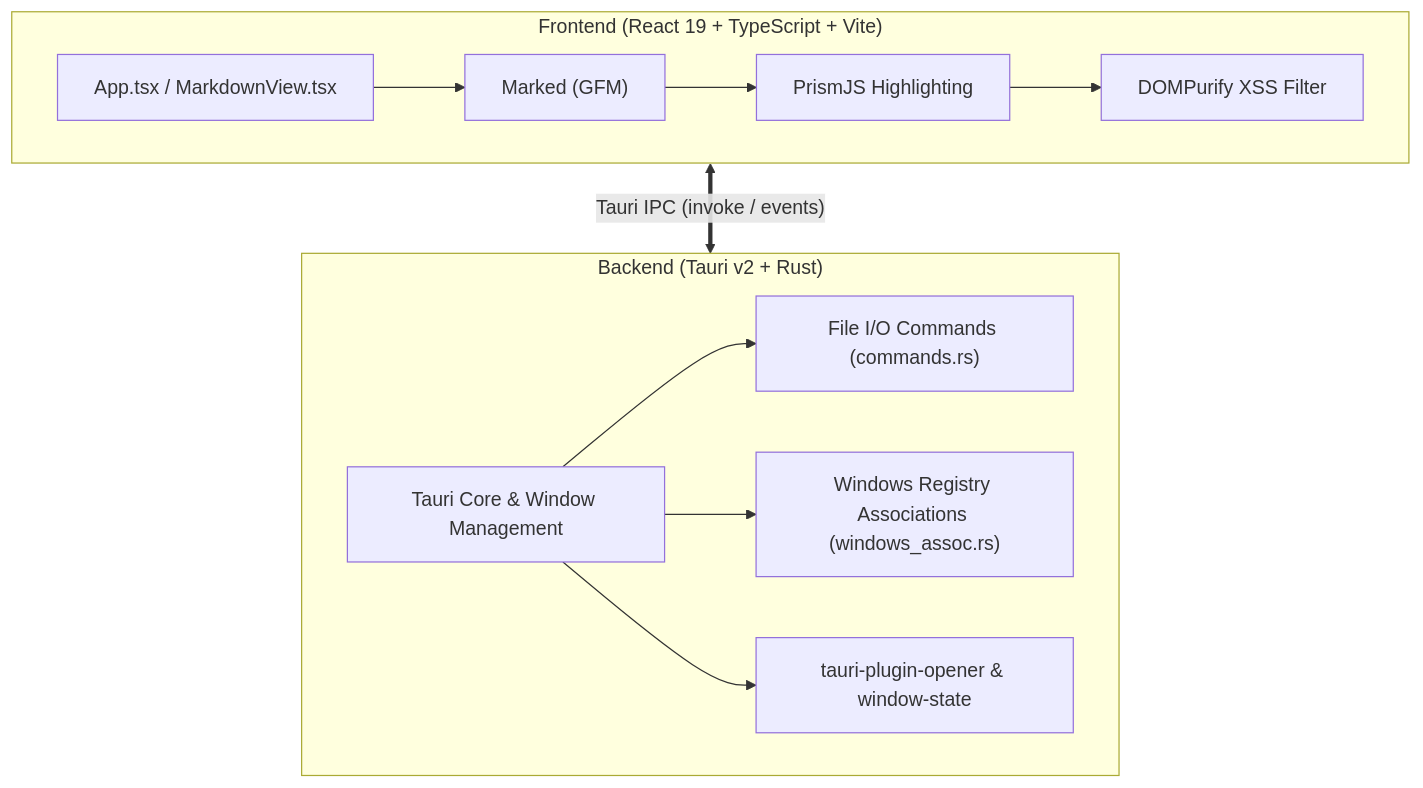
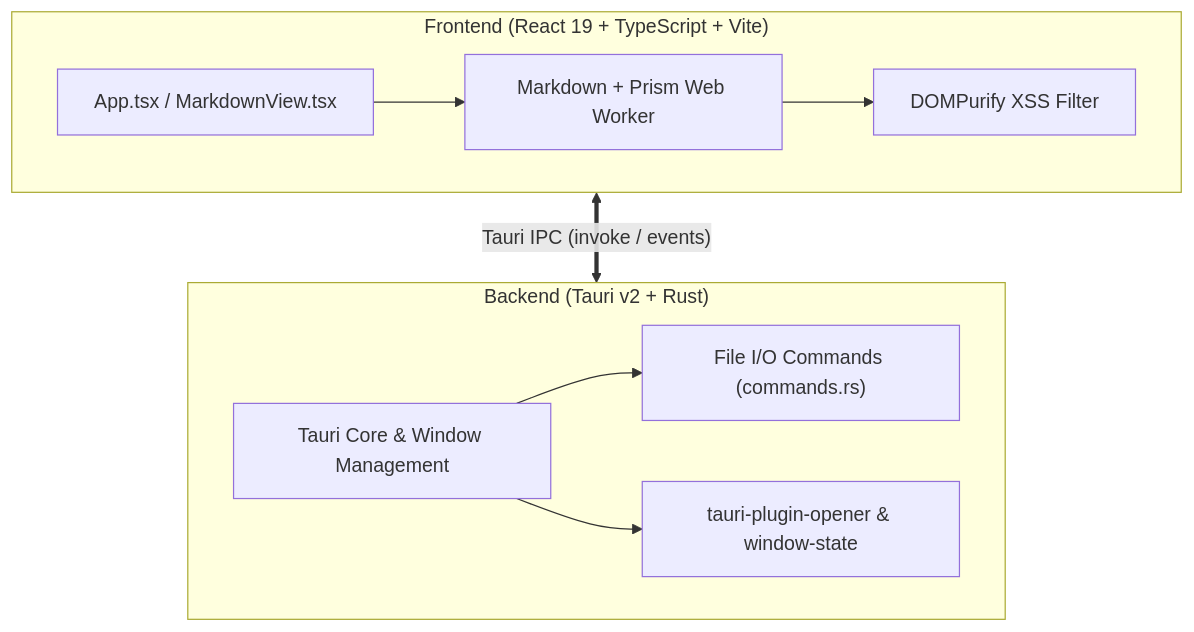
The diagram in README.md (emirhanakdeniz/PeekMD), drawn with Mermaid before and after one commit. The commit also changed other lines of this file and 33 other files, not shown here.

````diff
--- a/README.md
+++ b/README.md
@@ -64,26 +64,22 @@
 ```mermaid
 flowchart TD
     subgraph Frontend["Frontend (React 19 + TypeScript + Vite)"]
         UI["App.tsx / MarkdownView.tsx"]
-        Parser["Marked (GFM)"]
-        Highlight["PrismJS Highlighting"]
+        Worker["Markdown + Prism Web Worker"]
         Sanitize["DOMPurify XSS Filter"]
         
-        UI --> Parser
-        Parser --> Highlight
-        Highlight --> Sanitize
+        UI --> Worker
+        Worker --> Sanitize
     end
 
     subgraph Backend["Backend (Tauri v2 + Rust)"]
         Core["Tauri Core & Window Management"]
         Commands["File I/O Commands (commands.rs)"]
-        Assoc["Windows Registry Associations (windows_assoc.rs)"]
         Plugins["tauri-plugin-opener & window-state"]
         
         Core --> Commands
-        Core --> Assoc
         Core --> Plugins
     end
 
     Frontend <==>|"Tauri IPC (invoke / events)"| Backend
 ```
````
